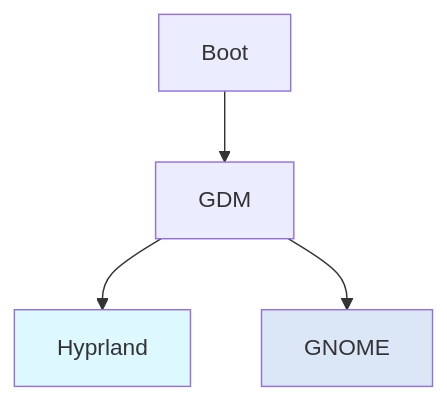
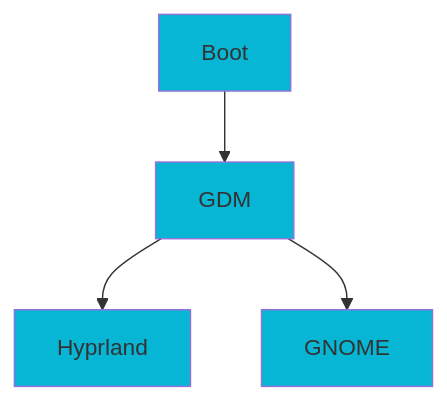
Before and after one commit to RomeoCavazza/nixos-config: the diagram in README.md, drawn with Mermaid. The commit also changed other lines of this file and 2 other files, not shown here.

First line of the commit message:
docs: Mermaid diagram cyan fill (style fill)

````diff
--- a/README.md
+++ b/README.md
@@ -63,14 +63,16 @@
 ```mermaid
 flowchart TB
   Boot["Boot"]
   GDM["GDM"]
   H["Hyprland"]
   G["GNOME"]
 
   Boot --> GDM
   GDM --> H
   GDM --> G
 
-  style H fill:#58E1FF33
-  style G fill:#4A86CF33
+  style Boot fill:#06B6D4
+  style GDM fill:#06B6D4
+  style H fill:#06B6D4
+  style G fill:#06B6D4
 ```
````
